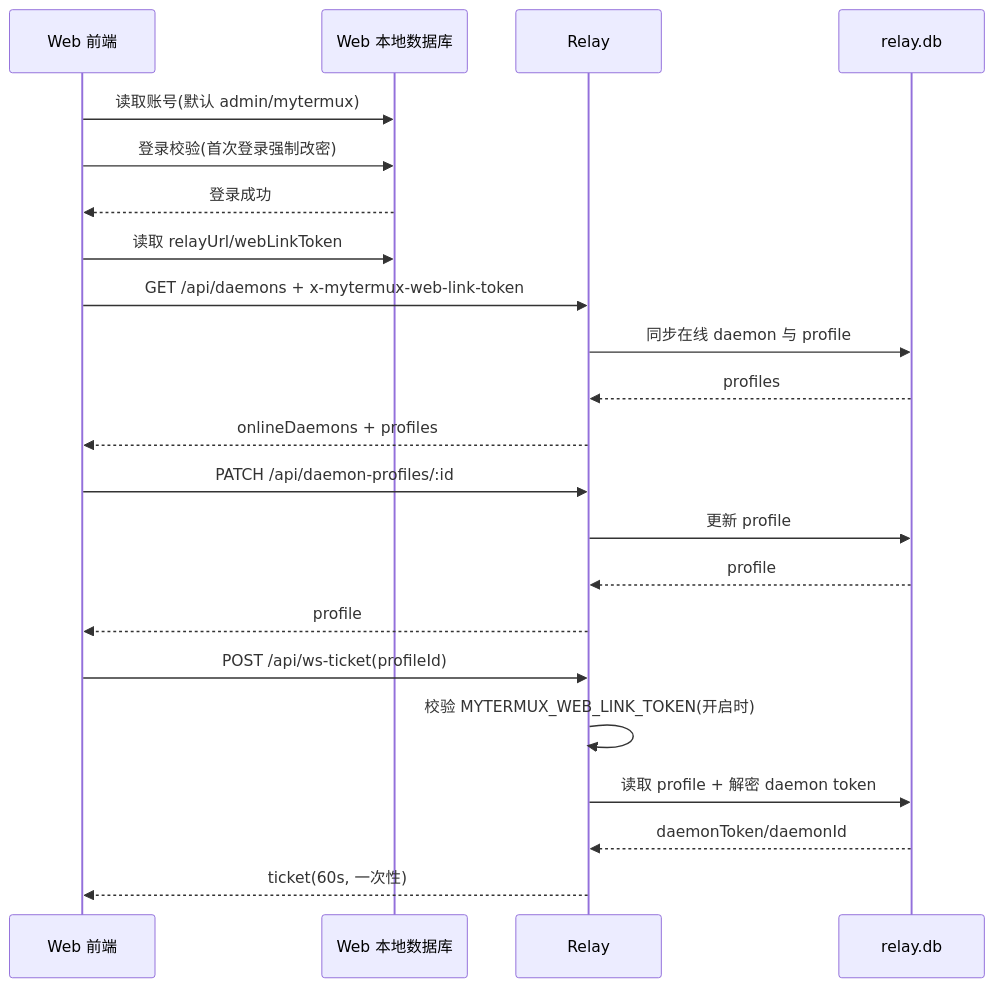
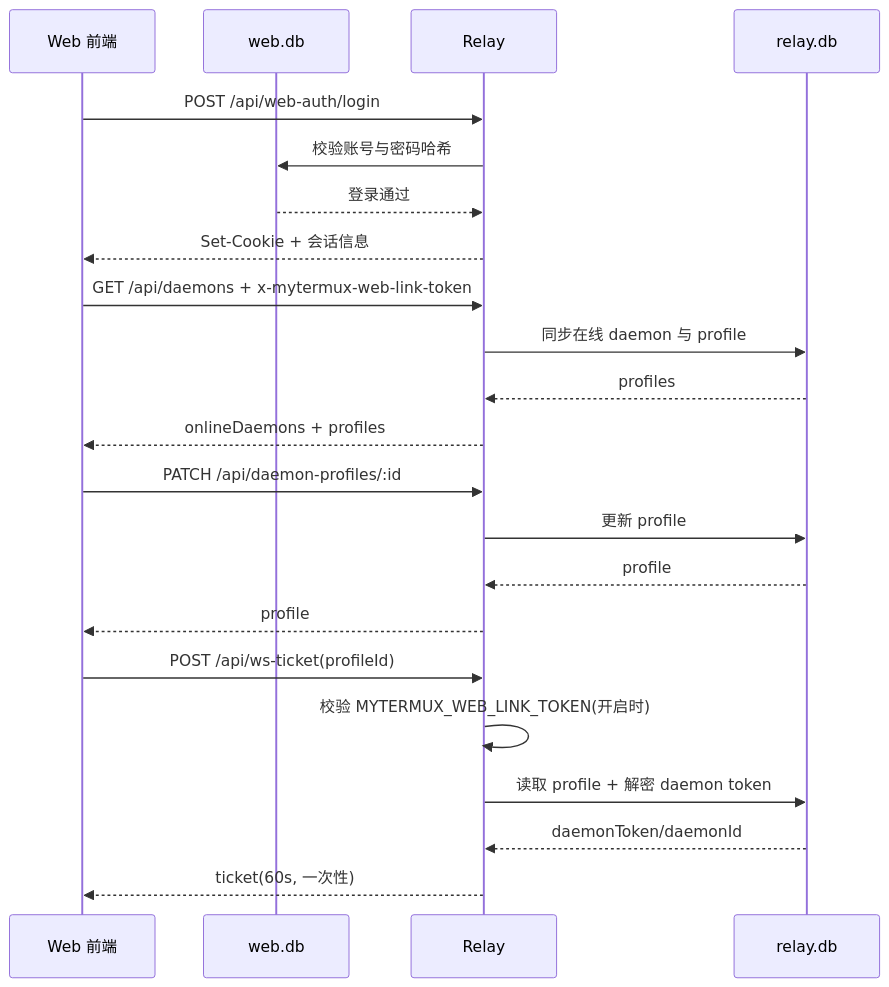
One commit to ShakaRover/MyTermux changed the second of 3 diagrams in docs/SERVICE_PROTOCOL_FLOW.md. Above: the diagram before and after it, drawn with Mermaid. The commit also changed other lines of this file and 13 other files, not shown here.

````diff
--- a/docs/SERVICE_PROTOCOL_FLOW.md
+++ b/docs/SERVICE_PROTOCOL_FLOW.md
@@ -34,28 +37,28 @@
 ```mermaid
 sequenceDiagram
   participant W as Web 前端
-  participant WB as Web 本地数据库
+  participant WA as web.db
   participant R as Relay
   participant RB as relay.db
 
-  W->>WB: 读取账号(默认 admin/mytermux)
-  W->>WB: 登录校验(首次登录强制改密)
-  WB-->>W: 登录成功
+  W->>R: POST /api/web-auth/login
+  R->>WA: 校验账号与密码哈希
+  WA-->>R: 登录通过
+  R-->>W: Set-Cookie + 会话信息
 
-  W->>WB: 读取 relayUrl/webLinkToken
   W->>R: GET /api/daemons + x-mytermux-web-link-token
   R->>RB: 同步在线 daemon 与 profile
   RB-->>R: profiles
   R-->>W: onlineDaemons + profiles
 
   W->>R: PATCH /api/daemon-profiles/:id
   R->>RB: 更新 profile
   RB-->>R: profile
   R-->>W: profile
 
   W->>R: POST /api/ws-ticket(profileId)
   R->>R: 校验 MYTERMUX_WEB_LINK_TOKEN(开启时)
   R->>RB: 读取 profile + 解密 daemon token
   RB-->>R: daemonToken/daemonId
   R-->>W: ticket(60s, 一次性)
 ```
````
